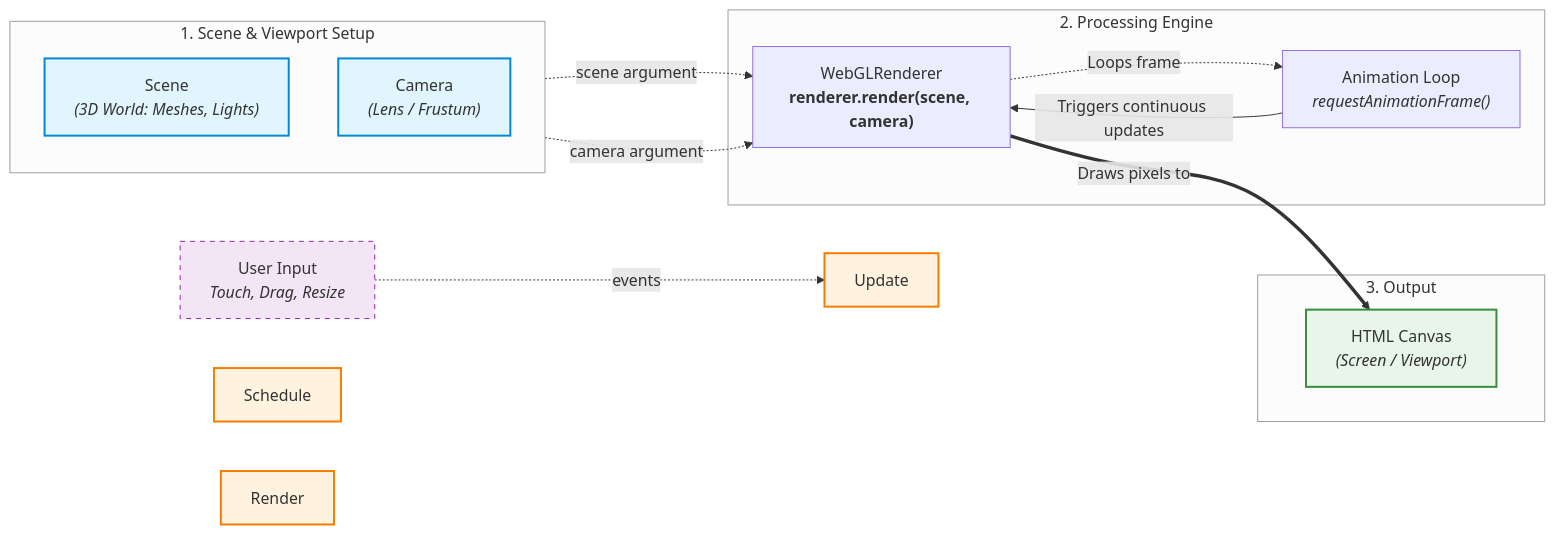
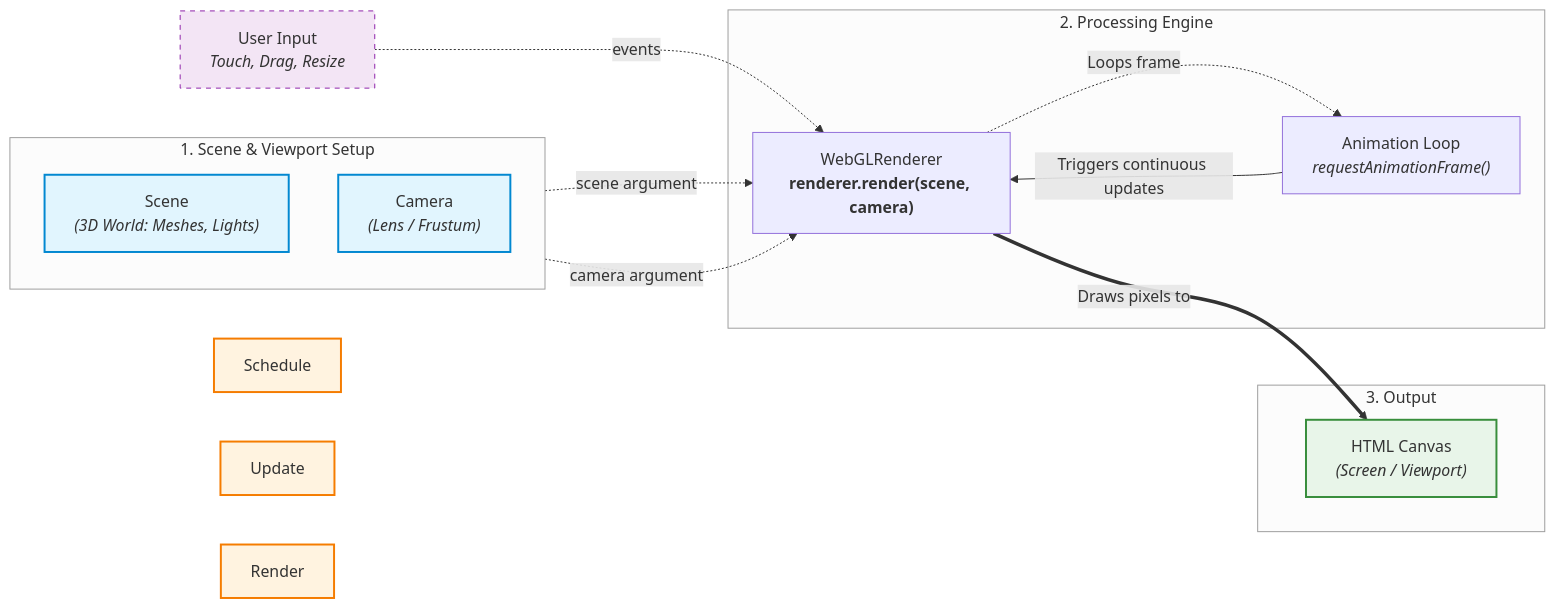
One commit to ManuelVargas1251/three changed the diagram in README.md. Above: the diagram before and after it, drawn with Mermaid.

Commit message:
docs: fix user input 🐈🧜‍♀️🗽

````diff
--- a/README.md
+++ b/README.md
@@ -9,44 +9,44 @@
 ```mermaid
 flowchart LR
     subgraph Setup ["1. Scene & Viewport Setup"]
         direction TB
         Scene["Scene<br/><i>(3D World: Meshes, Lights)</i>"]
         Camera["Camera<br/><i>(Lens / Frustum)</i>"]
     end
 
     subgraph Engine ["2. Processing Engine"]
         Renderer["WebGLRenderer<br/><b>renderer.render(scene, camera)</b>"]
         Loop["Animation Loop<br/><i>requestAnimationFrame()</i>"]
     end
 
     subgraph Display ["3. Output"]
         Canvas["HTML Canvas<br/><i>(Screen / Viewport)</i>"]
     end
 
     %% Inputs on the Left
-    UserInputs["User Input<br/><i>Touch, Drag, Resize</i>"] -. "events" .-> Update
+    UserInputs["User Input<br/><i>Touch, Drag, Resize</i>"] -. "events" .-> Renderer
 
     %% Setup Arguments from Above
     Scene -. "scene argument" .-> Renderer
     Camera -. "camera argument" .-> Renderer
 
     %% Render loop feedback
     Loop -->|"Triggers continuous updates"| Renderer
     Renderer -. "Loops frame" .-> Loop
 
     %% Primary execution output
     Renderer ==>|"Draws pixels to"| Canvas
 
     style Scene fill:#e1f5fe,stroke:#0288d1,stroke-width:2px
     style Camera fill:#e1f5fe,stroke:#0288d1,stroke-width:2px
     style UserInputs fill:#f3e5f5,stroke:#8e24aa,stroke-width:1px,stroke-dasharray: 5 5
     style Schedule fill:#fff3e0,stroke:#f57c00,stroke-width:2px
     style Update fill:#fff3e0,stroke:#f57c00,stroke-width:2px
     style Render fill:#fff3e0,stroke:#f57c00,stroke-width:2px
     style Canvas fill:#e8f5e9,stroke:#388e3c,stroke-width:2px
 
     %% Subgraph Styling
     style Setup fill:#fcfcfc,stroke:#9e9e9e,stroke-width:1px
     style Engine fill:#fcfcfc,stroke:#9e9e9e,stroke-width:1px
     style Display fill:#fcfcfc,stroke:#9e9e9e,stroke-width:1px
 ```
````
